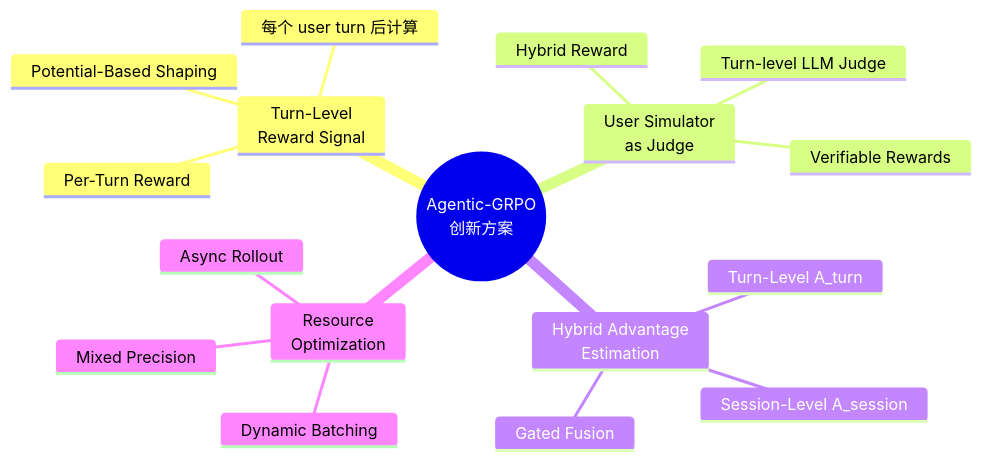
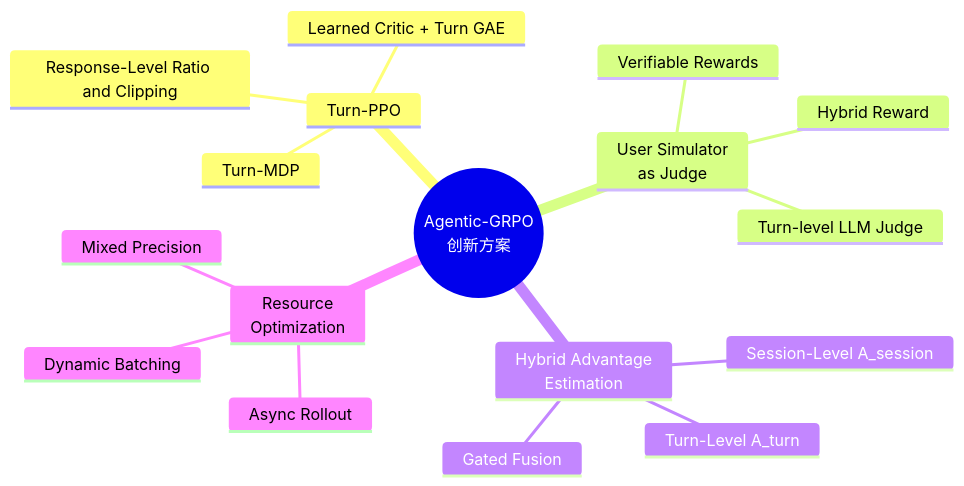
Before and after one commit to iOPEN-Xing/agentic-rl: the fifth of 14 diagrams in docs/HARDWARE_ADAPTATION_PLAN.md, drawn with Mermaid. The commit also changed other lines of this file and 18 other files, not shown here.

Commit message:
feat: adapt scheme one to strict Turn-PPO

````diff
--- a/docs/HARDWARE_ADAPTATION_PLAN.md
+++ b/docs/HARDWARE_ADAPTATION_PLAN.md
@@ -234,20 +235,20 @@
 ```mermaid
 mindmap
     root((Agentic-GRPO<br/>创新方案))
-        Turn-Level<br/>Reward Signal
-            Per-Turn Reward
-            每个 user turn 后计算
-            Potential-Based Shaping
+        Turn-PPO
+            Turn-MDP
+            Learned Critic + Turn GAE
+            Response-Level Ratio and Clipping
         User Simulator<br/>as Judge
             Turn-level LLM Judge
             Verifiable Rewards
             Hybrid Reward
         Hybrid Advantage<br/>Estimation
             Session-Level A_session
             Turn-Level A_turn
             Gated Fusion
         Resource<br/>Optimization
             Async Rollout
             Dynamic Batching
             Mixed Precision
 ```
````
